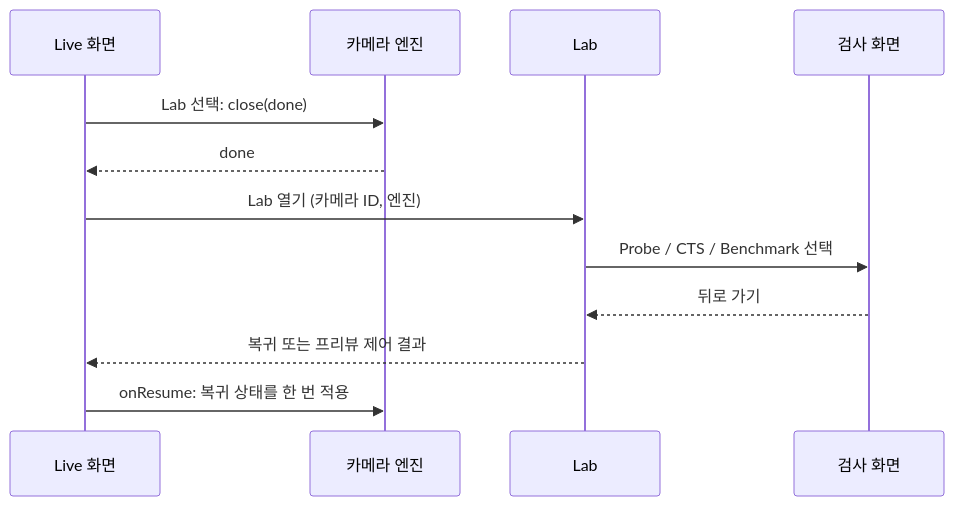
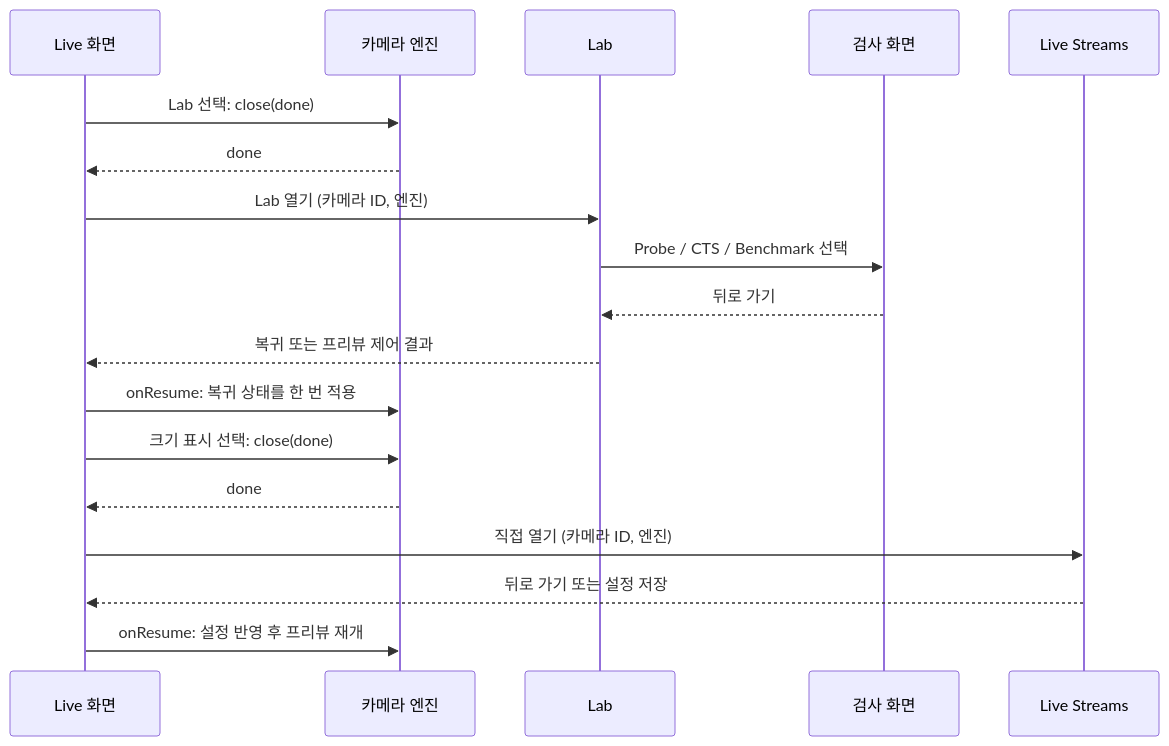
One commit to TTolsun/hal-camera changed the fifth of 6 diagrams in guide/architecture.md. Above: the diagram before and after it, drawn with Mermaid. The commit also changed other lines of this file and 61 other files, not shown here.

````diff
--- a/guide/architecture.md
+++ b/guide/architecture.md
@@ -290,14 +292,20 @@
 ```mermaid
 sequenceDiagram
     participant L as Live 화면
     participant E as 카메라 엔진
     participant W as Lab
     participant T as 검사 화면
     L->>E: Lab 선택: close(done)
     E-->>L: done
     L->>W: Lab 열기 (카메라 ID, 엔진)
     W->>T: Probe / CTS / Benchmark 선택
     T-->>W: 뒤로 가기
     W-->>L: 복귀 또는 프리뷰 제어 결과
     L->>E: onResume: 복귀 상태를 한 번 적용
+    participant S as Live Streams
+    L->>E: 크기 표시 선택: close(done)
+    E-->>L: done
+    L->>S: 직접 열기 (카메라 ID, 엔진)
+    S-->>L: 뒤로 가기 또는 설정 저장
+    L->>E: onResume: 설정 반영 후 프리뷰 재개
 ```
````
